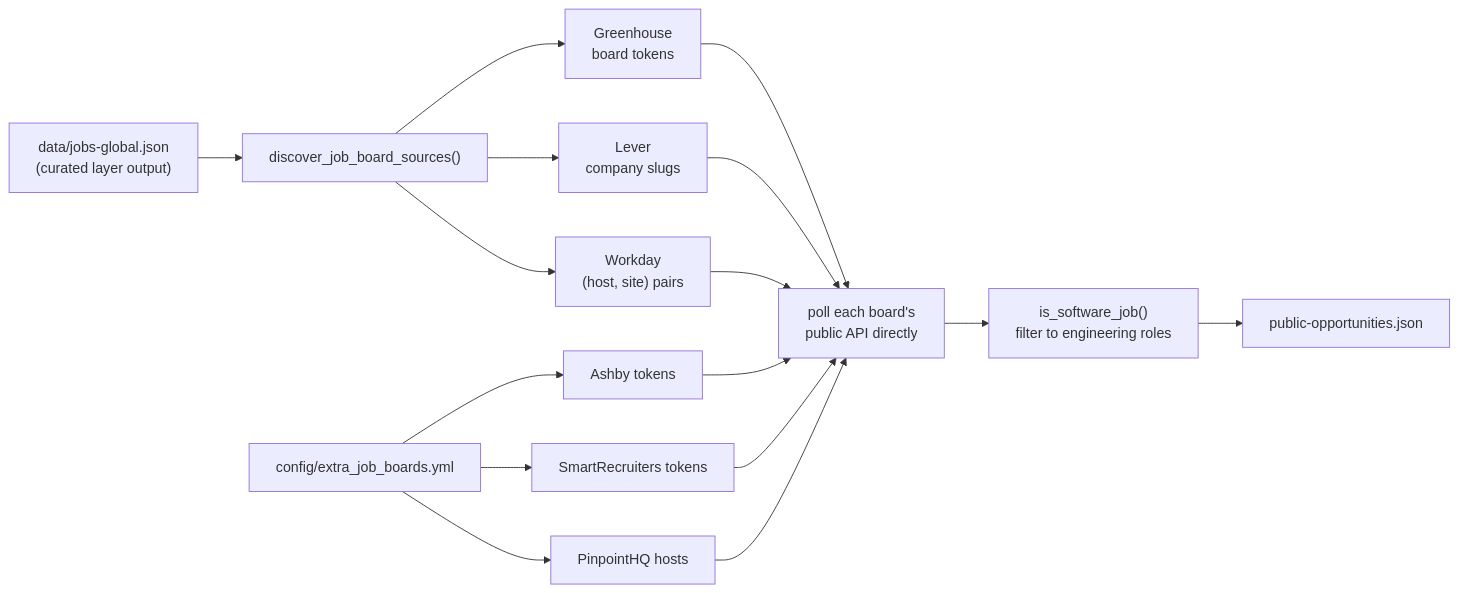
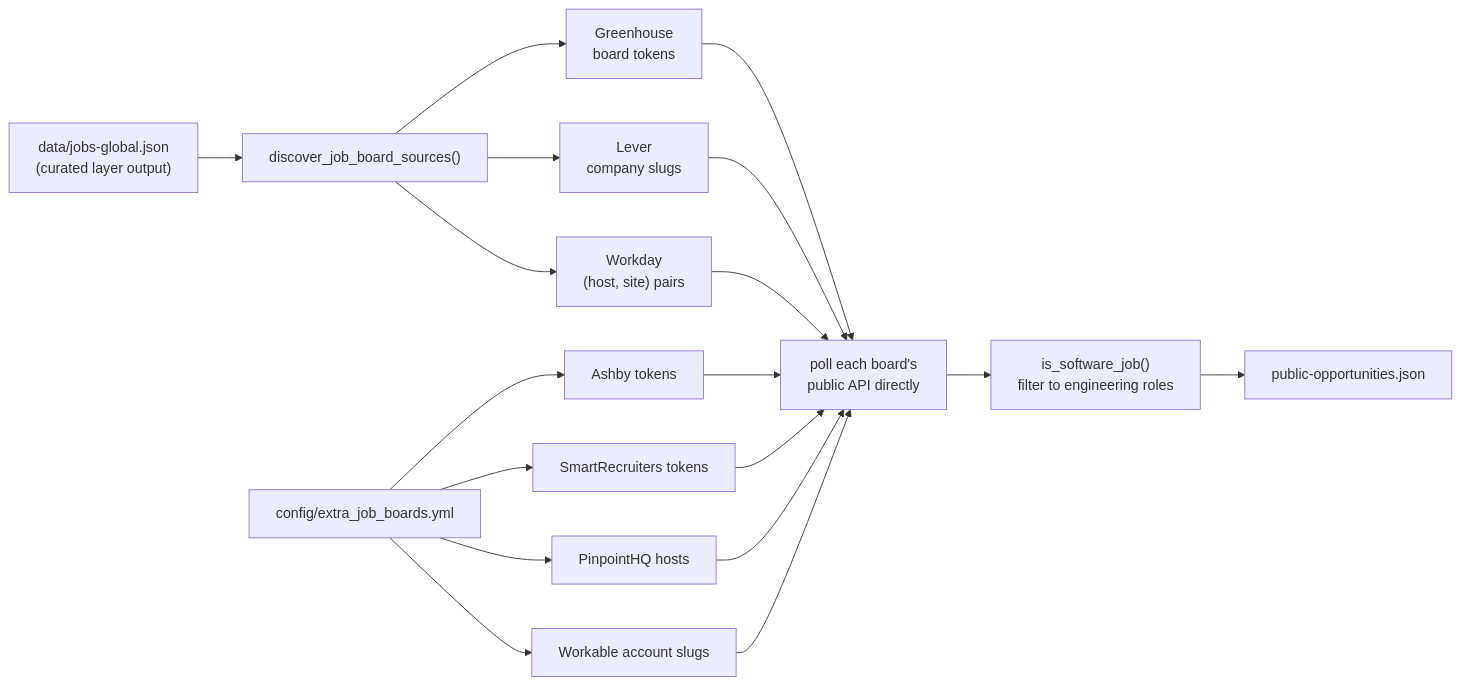
The third of 4 diagrams in docs/FEATURES.md (AhmedNassar7/tracker), drawn with Mermaid before and after one commit. The commit also changed other lines of this file and 3 other files, not shown here.

````diff
--- a/docs/FEATURES.md
+++ b/docs/FEATURES.md
@@ -115,19 +117,21 @@
 ```mermaid
 flowchart LR
     Seed["data/jobs-global.json\n(curated layer output)"] --> Discover["discover_job_board_sources()"]
     Discover --> GH["Greenhouse\nboard tokens"]
     Discover --> LV["Lever\ncompany slugs"]
     Discover --> WD["Workday\n(host, site) pairs"]
     Config["config/extra_job_boards.yml"] --> AB["Ashby tokens"]
     Config --> SR["SmartRecruiters tokens"]
     Config --> PP["PinpointHQ hosts"]
+    Config --> WK["Workable account slugs"]
 
     GH --> Poll["poll each board's\npublic API directly"]
     LV --> Poll
     WD --> Poll
     AB --> Poll
     SR --> Poll
     PP --> Poll
+    WK --> Poll
     Poll --> Filter["is_software_job()\nfilter to engineering roles"]
     Filter --> Out["public-opportunities.json"]
 ```
````
